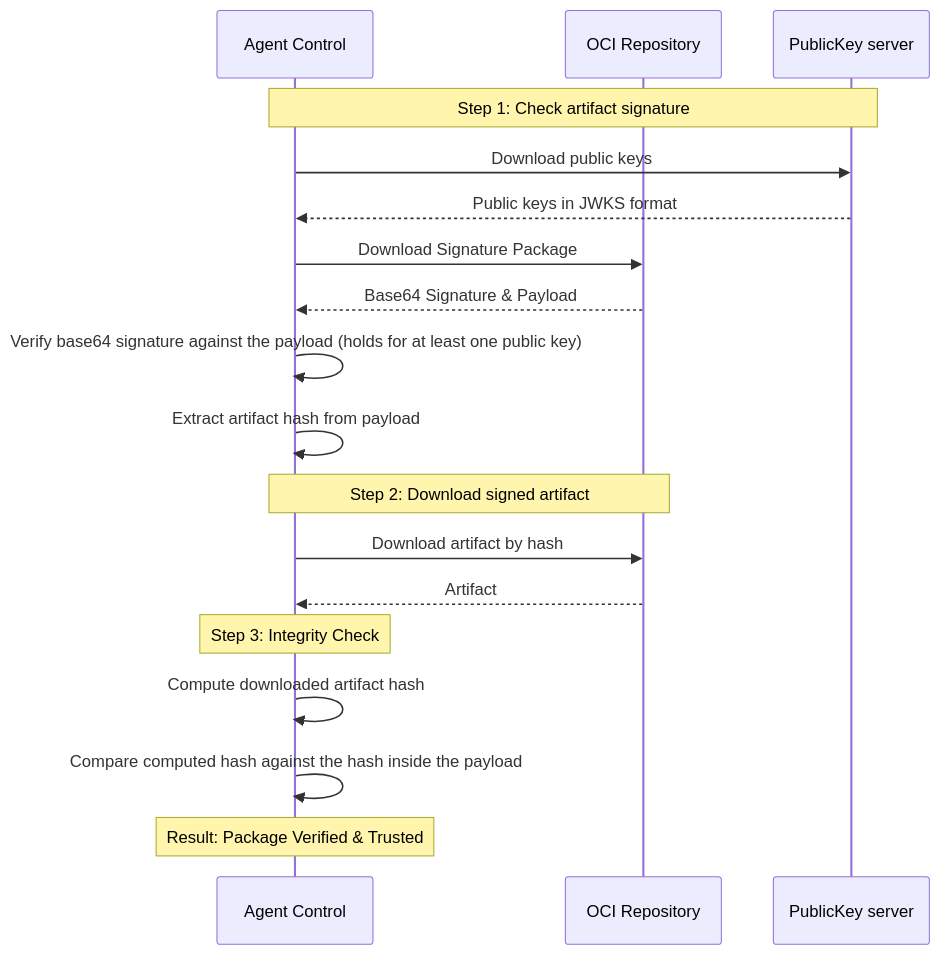
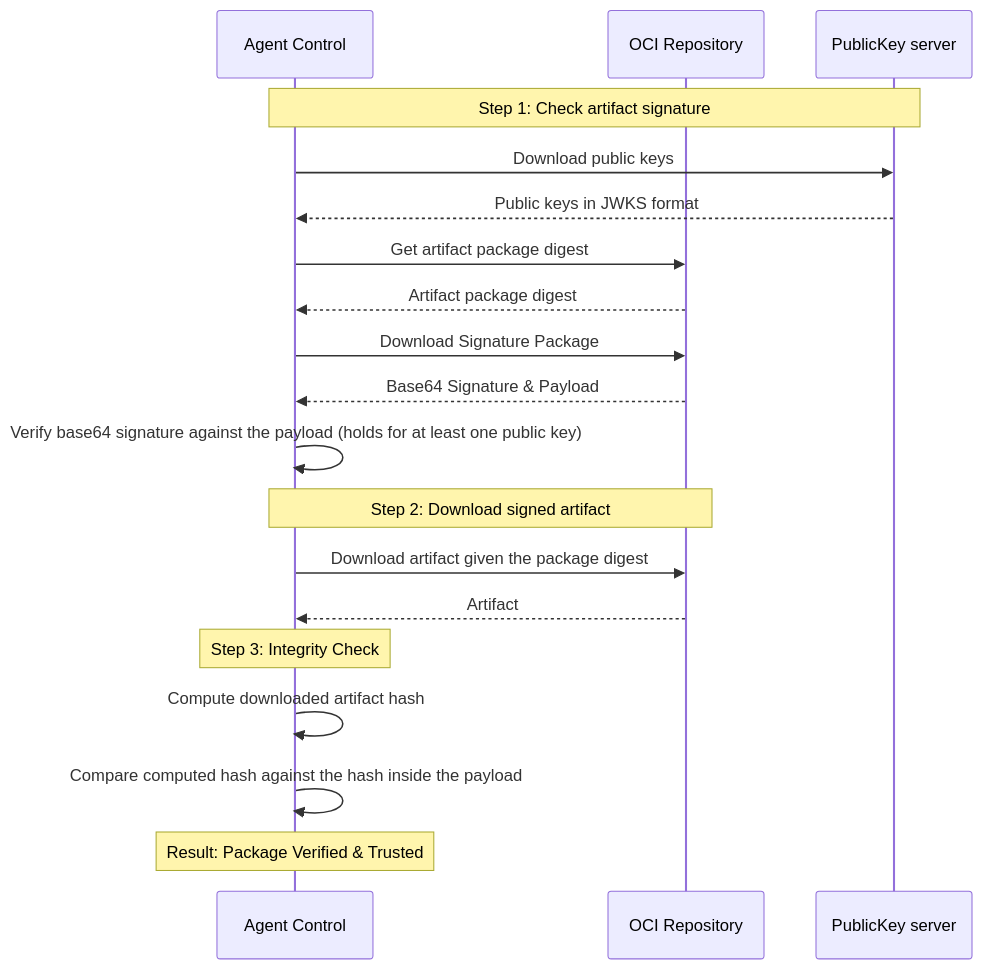
One commit to newrelic/newrelic-agent-control changed the diagram in docs/package_manager.md. Above: the diagram before and after it, drawn with Mermaid.

Commit message:
docs: update signature verification diagram

````diff
--- a/docs/package_manager.md
+++ b/docs/package_manager.md
@@ -199,24 +199,25 @@
 ```mermaid
 sequenceDiagram
     participant AC as Agent Control
     participant OCI as OCI Repository
     participant JWKS as PublicKey server
 
     Note over AC, JWKS: Step 1: Check artifact signature
     AC->>JWKS: Download public keys
     JWKS-->>AC: Public keys in JWKS format
+    AC->>OCI: Get artifact package digest
+    OCI-->>AC: Artifact package digest
     AC->>OCI: Download Signature Package
     OCI-->>AC: Base64 Signature & Payload
     AC->>AC: Verify base64 signature against the payload (holds for at least one public key)
-    AC->>AC: Extract artifact hash from payload
 
     Note over AC, OCI: Step 2: Download signed artifact
-    AC->>OCI: Download artifact by hash
+    AC->>OCI: Download artifact given the package digest
     OCI-->>AC: Artifact
     
     Note over AC: Step 3: Integrity Check
     AC->>AC: Compute downloaded artifact hash
     AC->>AC: Compare computed hash against the hash inside the payload
 
     Note over AC: Result: Package Verified & Trusted
 ```
````
